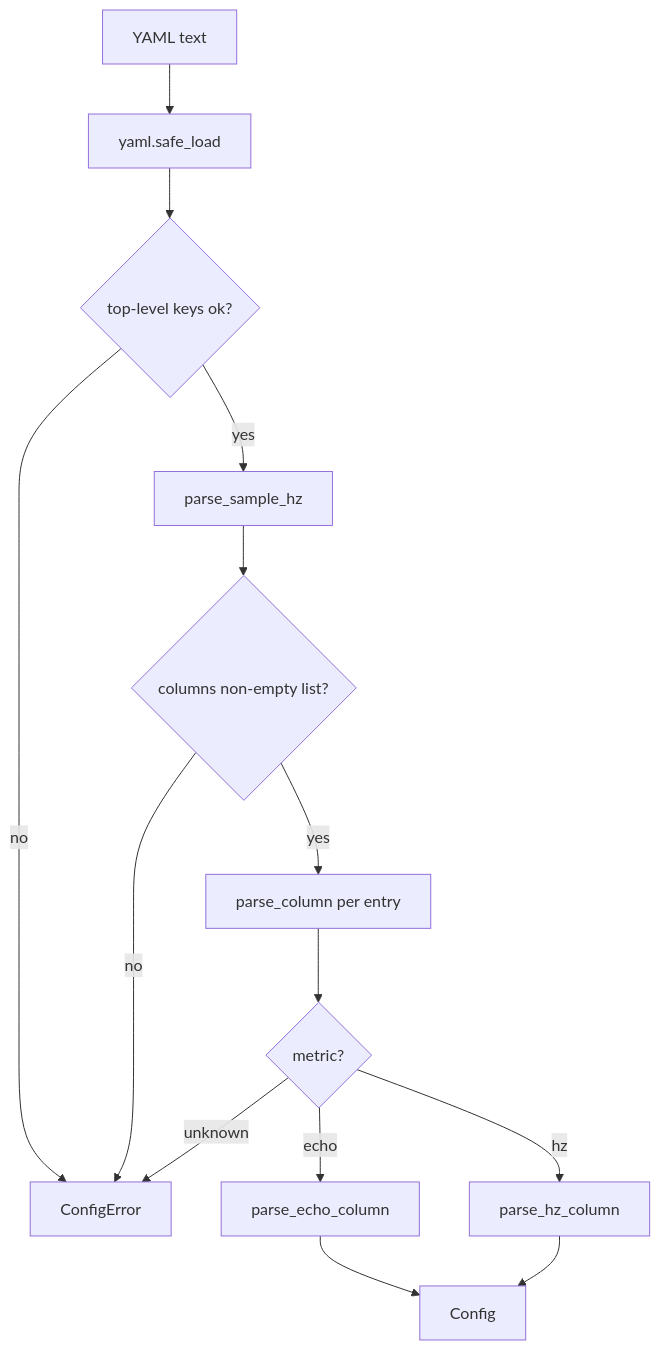
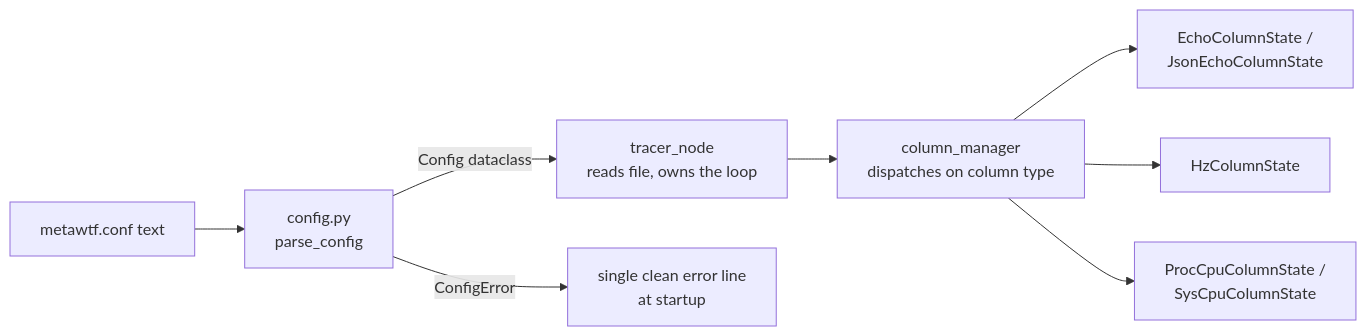
One commit to Boston-Robot-Hackers/metawtf changed the diagram in 01-literate/01-config.md. Above: the diagram before and after it, drawn with Mermaid. The commit also changed other lines of this file and 65 other files, not shown here.

First line of the commit message:
F03/F05/F06: CPU columns, conf-only config, formatting polish

````diff
--- a/01-literate/01-config.md
+++ b/01-literate/01-config.md
@@ -108,16 +27,10 @@
 ```mermaid
-flowchart TD
-    A[YAML text] --> B[yaml.safe_load]
-    B --> C{top-level keys ok?}
-    C -->|no| E[ConfigError]
-    C -->|yes| D[parse_sample_hz]
-    D --> F{columns non-empty list?}
-    F -->|no| E
-    F -->|yes| G[parse_column per entry]
-    G --> H{metric?}
-    H -->|unknown| E
-    H -->|echo| I[parse_echo_column]
-    H -->|hz| K[parse_hz_column]
-    I --> J[Config]
-    K --> J
+flowchart LR
+    A[metawtf.conf text] --> B[config.py<br/>parse_config]
+    B -->|Config dataclass| C[tracer_node<br/>reads file, owns the loop]
+    C --> D[column_manager<br/>dispatches on column type]
+    D --> E1[EchoColumnState /<br/>JsonEchoColumnState]
+    D --> E2[HzColumnState]
+    D --> E3[ProcCpuColumnState /<br/>SysCpuColumnState]
+    B -->|ConfigError| C2[single clean error line<br/>at startup]
 ```
````
